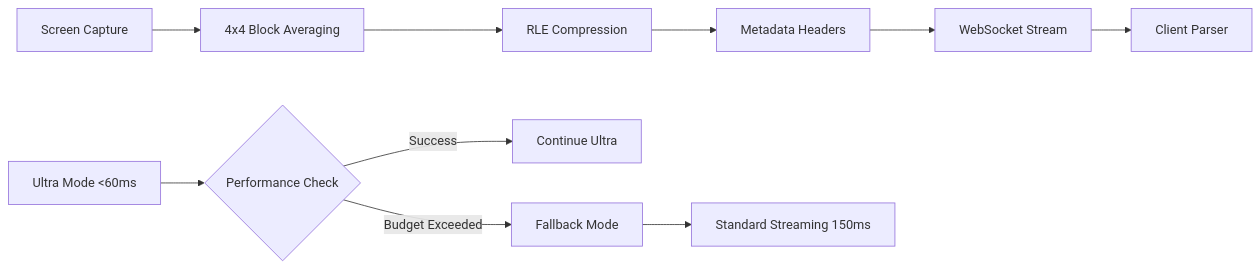
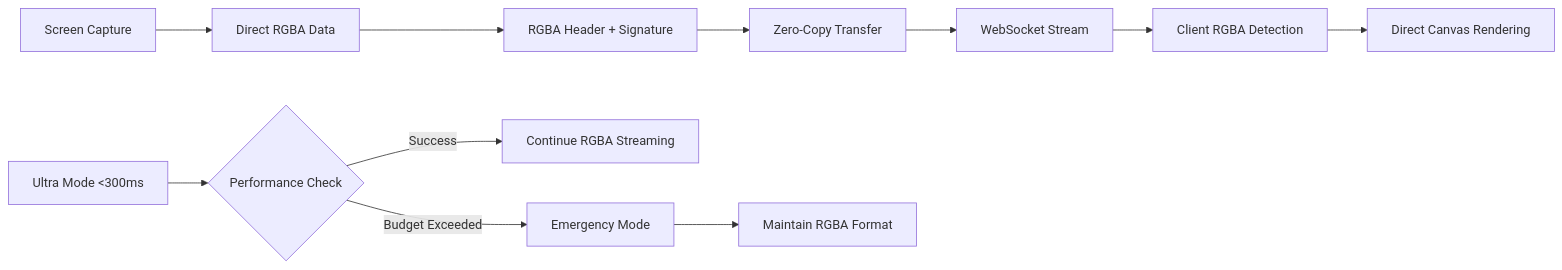
The diagram in PULL_REQUEST_DESCRIPTION.md (CLTSG/CLT-CLEVER-KVM), drawn with Mermaid before and after one commit. The commit also changed other lines of this file and 3 other files, not shown here.

First line of the commit message:
feat: Revolutionary zero-conversion RGBA streaming engine

````diff
--- a/PULL_REQUEST_DESCRIPTION.md
+++ b/PULL_REQUEST_DESCRIPTION.md
@@ -34,13 +35,14 @@
 ```mermaid
 graph LR
-    A[Screen Capture] --> B[4x4 Block Averaging]
-    B --> C[RLE Compression]
-    C --> D[Metadata Headers]
+    A[Screen Capture] --> B[Direct RGBA Data]
+    B --> C[RGBA Header + Signature]
+    C --> D[Zero-Copy Transfer]
     D --> E[WebSocket Stream]
-    E --> F[Client Parser]
+    E --> F[Client RGBA Detection]
+    F --> G[Direct Canvas Rendering]
     
-    G[Ultra Mode <60ms] --> H{Performance Check}
-    H -->|Success| I[Continue Ultra]
-    H -->|Budget Exceeded| J[Fallback Mode]
-    J --> K[Standard Streaming 150ms]
+    H[Ultra Mode <300ms] --> I{Performance Check}
+    I -->|Success| J[Continue RGBA Streaming]
+    I -->|Budget Exceeded| K[Emergency Mode]
+    K --> L[Maintain RGBA Format]
 ```
````
